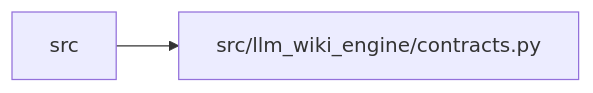
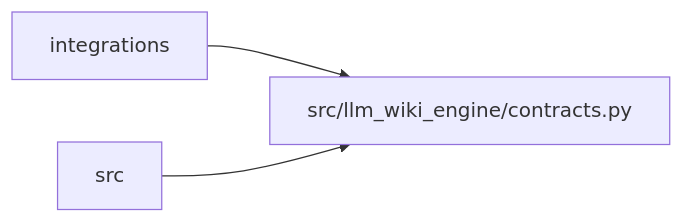
One commit to Denissvgn/python-wiki-llm changed the diagram in docs/llm_wiki/modules/llm_wiki_engine_contracts.md. Above: the diagram before and after it, drawn with Mermaid. The commit also changed other lines of this file and 509 other files, not shown here.

First line of the commit message:
docs: refresh the wiki for the deprecated engine aliases

````diff
--- a/docs/llm_wiki/modules/llm_wiki_engine_contracts.md
+++ b/docs/llm_wiki/modules/llm_wiki_engine_contracts.md
@@ -89,7 +89,9 @@
 ```mermaid
 flowchart LR
-    n0["src"]
-    n1["src/llm_wiki_engine/contracts.py"]
-    n0 --> n1
-    click n1 "../modules/llm_wiki_engine_contracts.md"
+    n0["integrations"]
+    n1["src"]
+    n2["src/llm_wiki_engine/contracts.py"]
+    n0 --> n2
+    n1 --> n2
+    click n2 "../modules/llm_wiki_engine_contracts.md"
 ```
````
